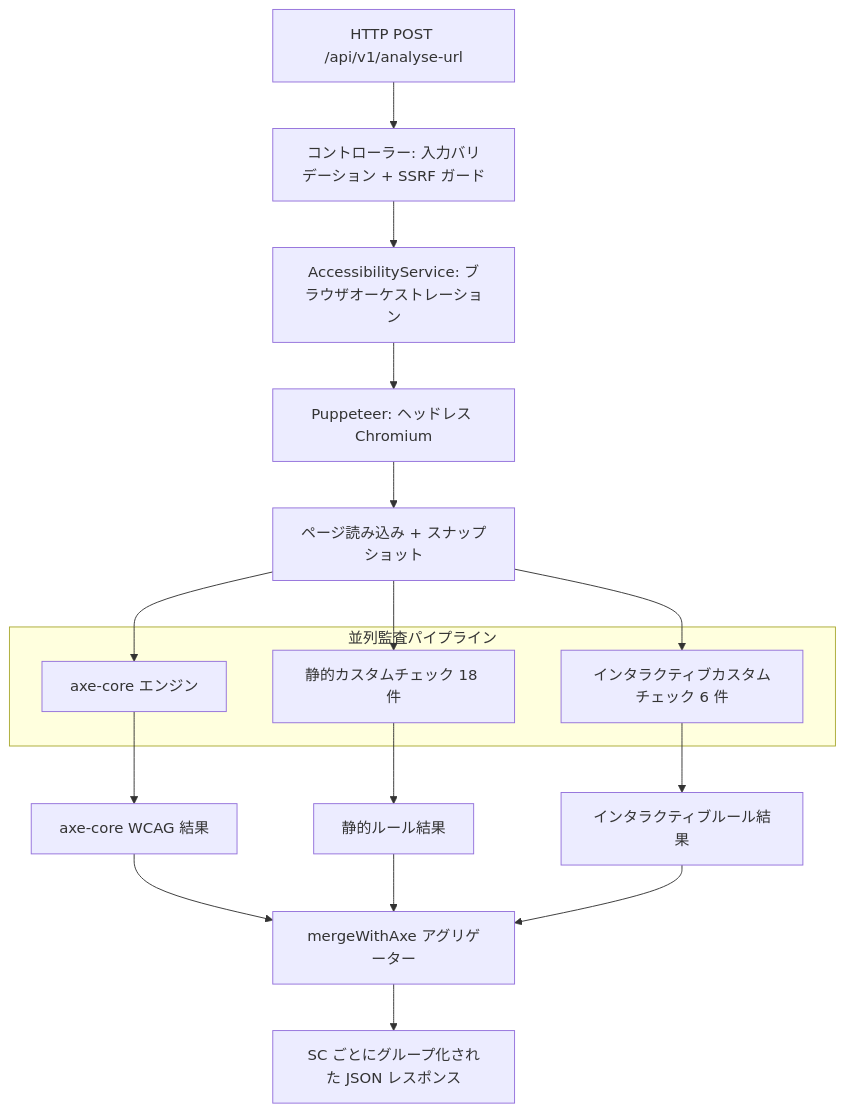
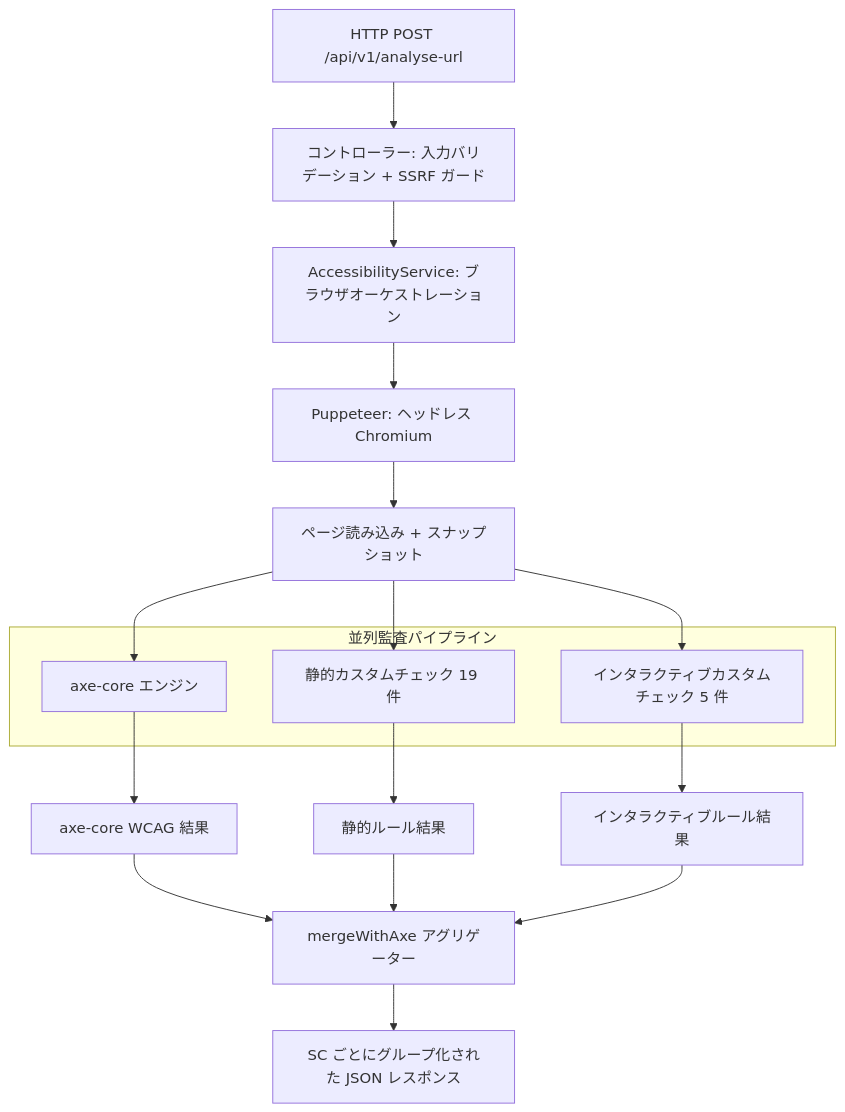
One commit to Sanjaypranavbc/ka11y changed the first of 26 diagrams in ka11y-docs/internals/node-rules-flow-analysis-ja.mdx. Above: the diagram before and after it, drawn with Mermaid. The commit also changed other lines of this file and 12 other files, not shown here.

Commit message:
updated node rules flow

````diff
--- a/ka11y-docs/internals/node-rules-flow-analysis-ja.mdx
+++ b/ka11y-docs/internals/node-rules-flow-analysis-ja.mdx
@@ -14,24 +18,24 @@
 ```mermaid
 flowchart TD
     A["HTTP POST /api/v1/analyse-url"] --> B["コントローラー: 入力バリデーション + SSRF ガード"]
     B --> C["AccessibilityService: ブラウザオーケストレーション"]
     C --> D["Puppeteer: ヘッドレス Chromium"]
     D --> E["ページ読み込み + スナップショット"]
 
     subgraph "並列監査パイプライン"
         F["axe-core エンジン"]
-        G["静的カスタムチェック 18 件"]
-        H["インタラクティブカスタムチェック 6 件"]
+        G["静的カスタムチェック 19 件"]
+        H["インタラクティブカスタムチェック 5 件"]
     end
 
     E --> F
     E --> G
     E --> H
 
     F --> I["axe-core WCAG 結果"]
     G --> J["静的ルール結果"]
     H --> K["インタラクティブルール結果"]
 
     I & J & K --> L["mergeWithAxe アグリゲーター"]
     L --> M["SC ごとにグループ化された JSON レスポンス"]
 ```
````
